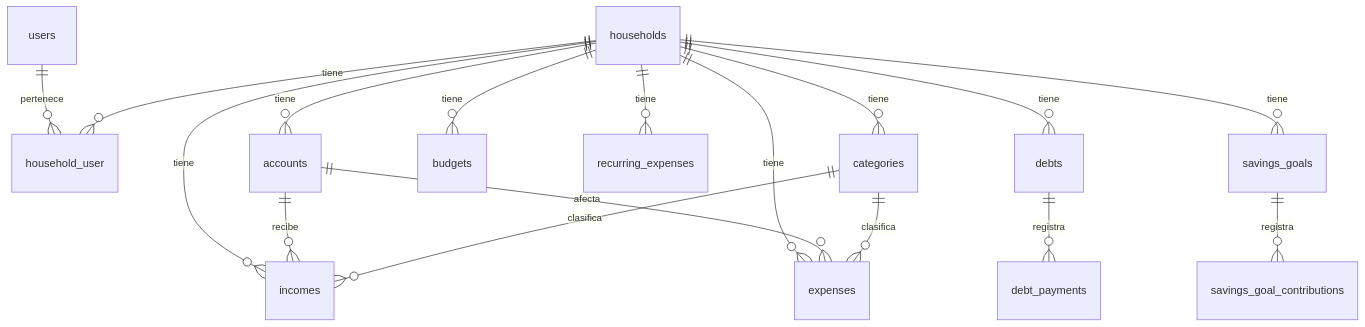
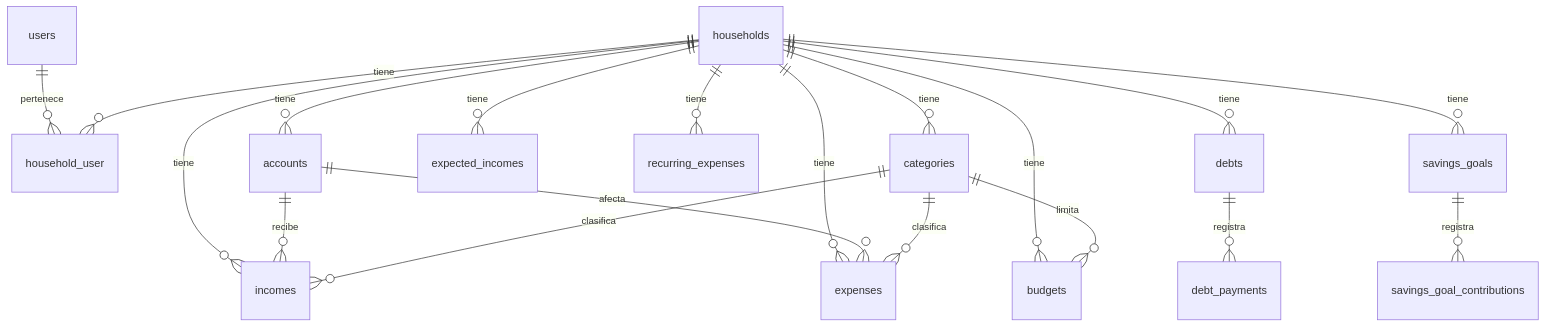
Before and after one commit to ronaldo-duran/Finlia: the diagram in docs/DATA_MODEL.md, drawn with Mermaid. The commit also changed other lines of this file and 4 other files, not shown here.

First line of the commit message:
docs(epica-4): ADR-0014, modelo de datos, roadmap y CHANGELOG 0.4.0

````diff
--- a/docs/DATA_MODEL.md
+++ b/docs/DATA_MODEL.md
@@ -319,19 +351,21 @@
 ```mermaid
 erDiagram
     users ||--o{ household_user : "pertenece"
     households ||--o{ household_user : "tiene"
     households ||--o{ accounts : "tiene"
     households ||--o{ categories : "tiene"
     households ||--o{ incomes : "tiene"
     households ||--o{ expenses : "tiene"
     households ||--o{ budgets : "tiene"
+    households ||--o{ expected_incomes : "tiene"
     households ||--o{ recurring_expenses : "tiene"
     households ||--o{ debts : "tiene"
     households ||--o{ savings_goals : "tiene"
     accounts ||--o{ incomes : "recibe"
     accounts ||--o{ expenses : "afecta"
     categories ||--o{ incomes : "clasifica"
     categories ||--o{ expenses : "clasifica"
+    categories ||--o{ budgets : "limita"
     debts ||--o{ debt_payments : "registra"
     savings_goals ||--o{ savings_goal_contributions : "registra"
 ```
````
